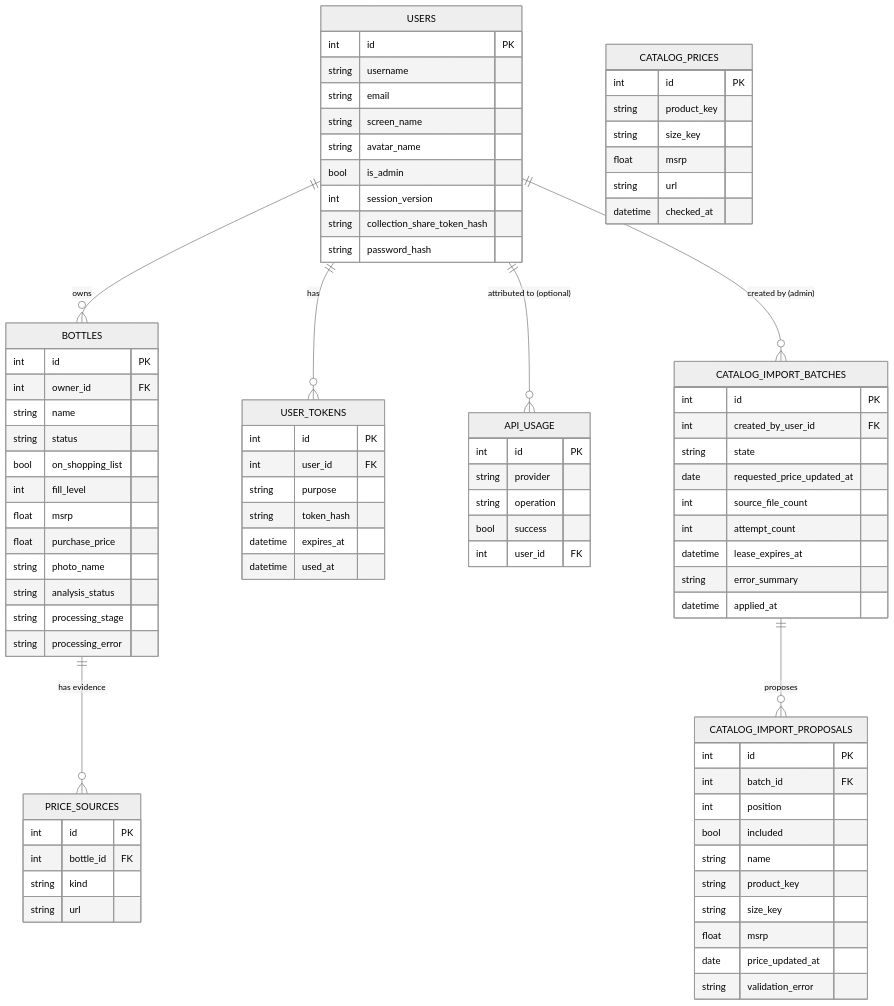
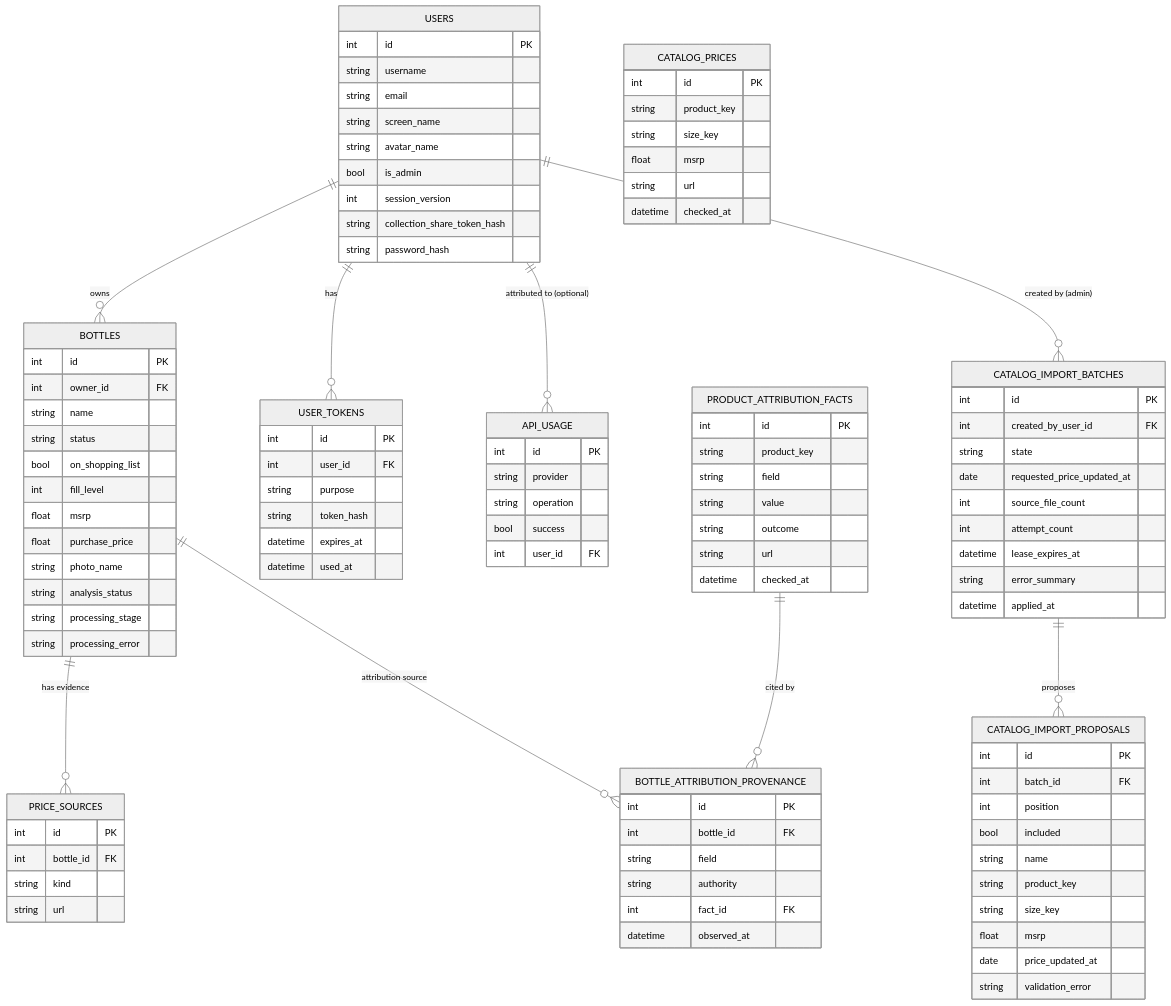
One commit to adhatcher-org/bourbonbook changed the first of 2 diagrams in docs/architecture/hldd.md. Above: the diagram before and after it, drawn with Mermaid (neutral theme). The commit also changed other lines of this file and 14 other files, not shown here.

First line of the commit message:
Bring the as-built architecture docs up to date through ADR 0006

```diff
--- a/docs/architecture/hldd.md
+++ b/docs/architecture/hldd.md
@@ -95,6 +96,8 @@
   USERS ||--o{ API_USAGE : "attributed to (optional)"
   USERS ||--o{ CATALOG_IMPORT_BATCHES : "created by (admin)"
   BOTTLES ||--o{ PRICE_SOURCES : "has evidence"
+  BOTTLES ||--o{ BOTTLE_ATTRIBUTION_PROVENANCE : "attribution source"
+  PRODUCT_ATTRIBUTION_FACTS ||--o{ BOTTLE_ATTRIBUTION_PROVENANCE : "cited by"
   CATALOG_IMPORT_BATCHES ||--o{ CATALOG_IMPORT_PROPOSALS : "proposes"
 
   USERS {
@@ -167,6 +170,23 @@
     date price_updated_at
     string validation_error
   }
+  PRODUCT_ATTRIBUTION_FACTS {
+    int id PK
+    string product_key
+    string field
+    string value
+    string outcome
+    string url
+    datetime checked_at
+  }
+  BOTTLE_ATTRIBUTION_PROVENANCE {
+    int id PK
+    int bottle_id FK
+    string field
+    string authority
+    int fact_id FK
+    datetime observed_at
+  }
   API_USAGE {
     int id PK
     string provider
```
